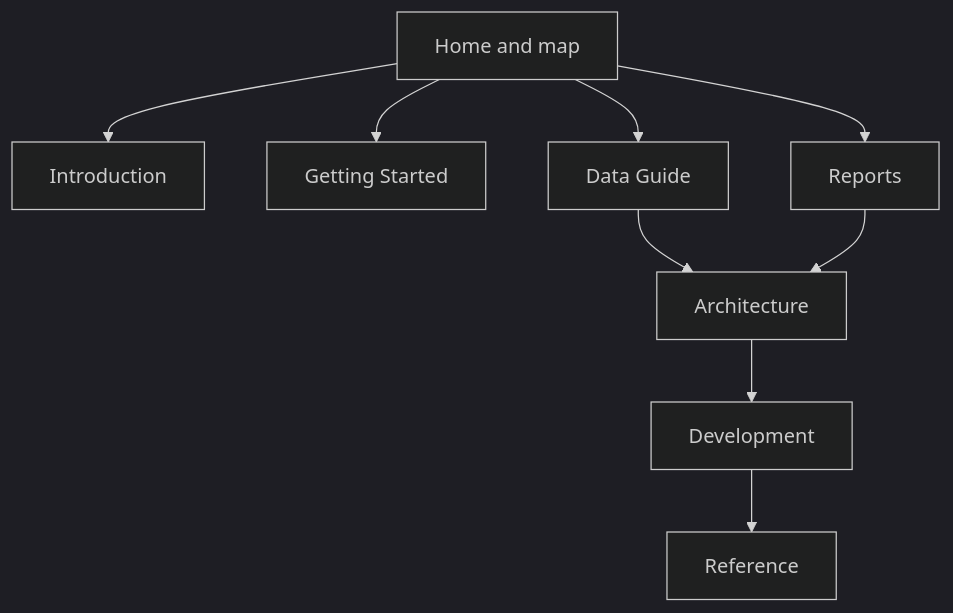
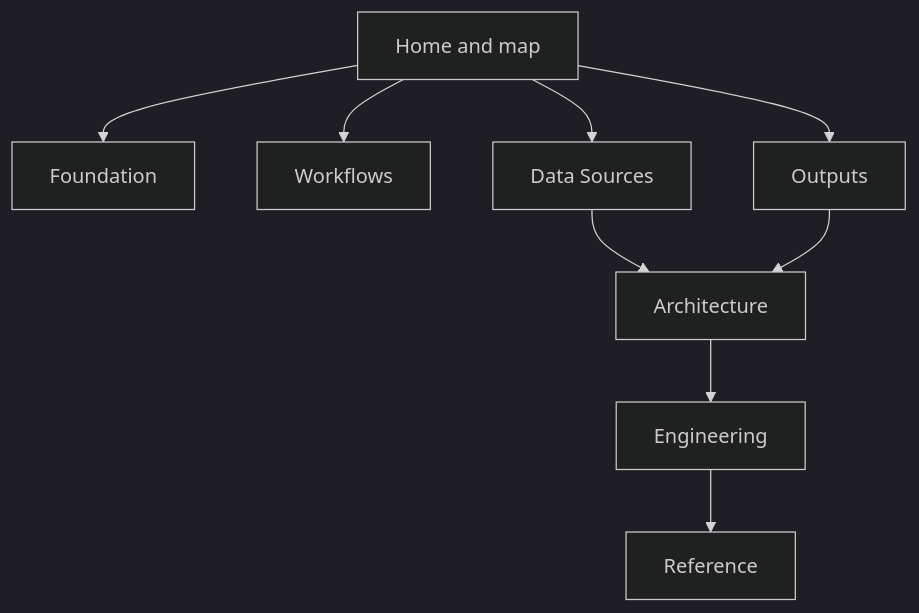
One commit to bijux/bijux-pollenomics changed the second of 2 diagrams in docs/index.md. Above: the diagram before and after it, drawn with Mermaid (dark theme). The commit also changed other lines of this file and 15 other files, not shown here.

````diff
--- a/docs/index.md
+++ b/docs/index.md
@@ -81,11 +81,11 @@
 ```mermaid
 flowchart TD
-    Home[Home and map] --> Intro[Introduction]
-    Home --> GettingStarted[Getting Started]
-    Home --> DataGuide[Data Guide]
-    Home --> Reports[Reports]
-    DataGuide --> Architecture[Architecture]
-    Reports --> Architecture
-    Architecture --> Development[Development]
-    Development --> Reference[Reference]
+    Home[Home and map] --> Foundation[Foundation]
+    Home --> Workflows[Workflows]
+    Home --> Sources[Data Sources]
+    Home --> Outputs[Outputs]
+    Sources --> Architecture[Architecture]
+    Outputs --> Architecture
+    Architecture --> Engineering[Engineering]
+    Engineering --> Reference[Reference]
 ```
````
